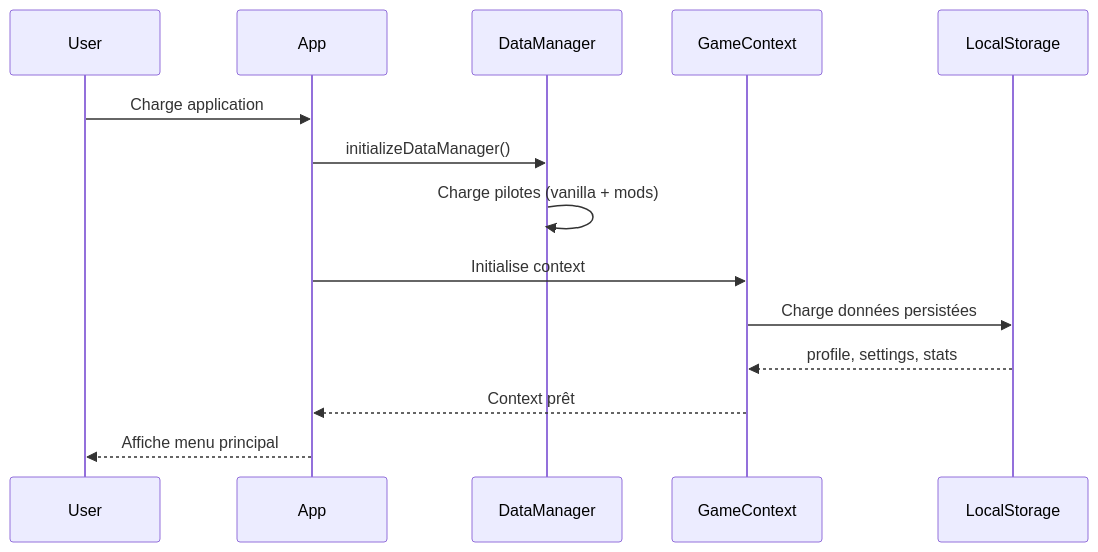
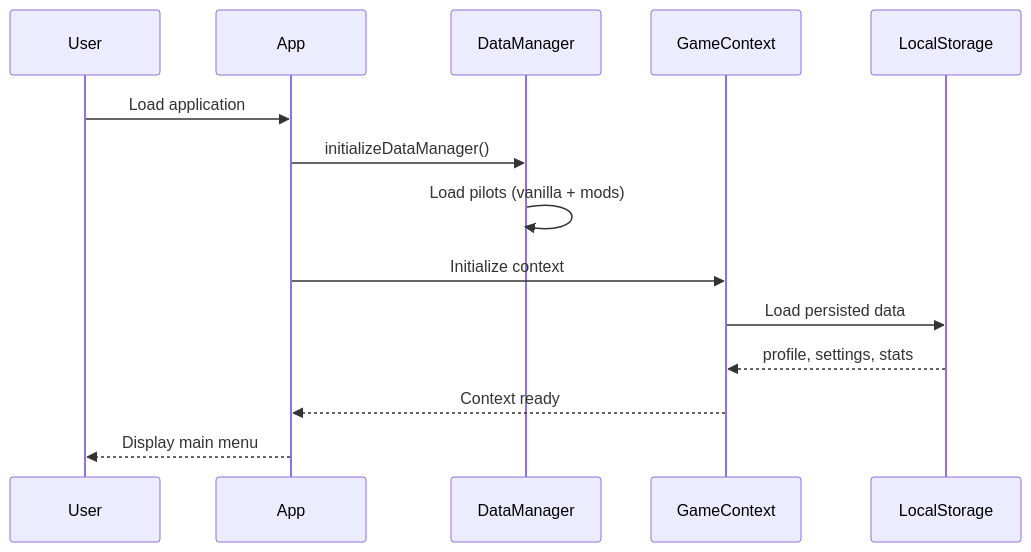
The second of 3 diagrams in docs/ARCHITECTURE.md (blal1/neon-vanguard-sector-zero), drawn with Mermaid before and after one commit. The commit also changed other lines of this file and 64 other files, not shown here.

````diff
--- a/docs/ARCHITECTURE.md
+++ b/docs/ARCHITECTURE.md
@@ -169,17 +169,17 @@
 ```mermaid
 sequenceDiagram
     participant User
     participant App
     participant DataManager
     participant GameContext
     participant LocalStorage
     
-    User->>App: Charge application
+    User->>App: Load application
     App->>DataManager: initializeDataManager()
-    DataManager->>DataManager: Charge pilotes (vanilla + mods)
-    App->>GameContext: Initialise context
-    GameContext->>LocalStorage: Charge données persistées
+    DataManager->>DataManager: Load pilots (vanilla + mods)
+    App->>GameContext: Initialize context
+    GameContext->>LocalStorage: Load persisted data
     LocalStorage-->>GameContext: profile, settings, stats
-    GameContext-->>App: Context prêt
-    App-->>User: Affiche menu principal
+    GameContext-->>App: Context ready
+    App-->>User: Display main menu
 ```
````
